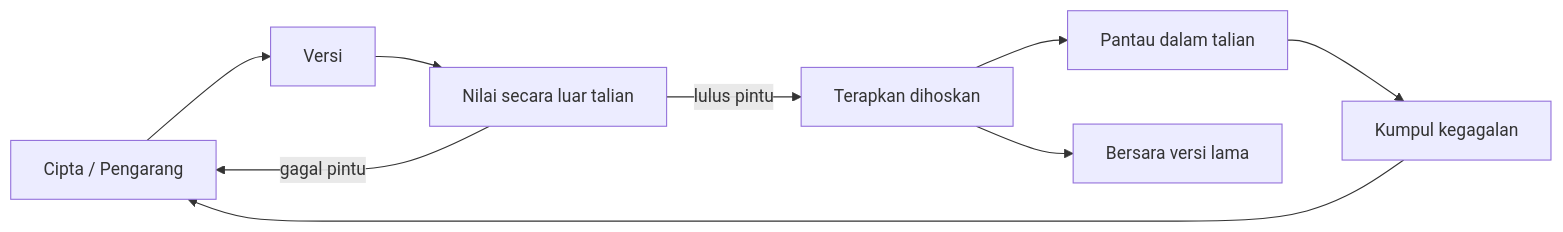
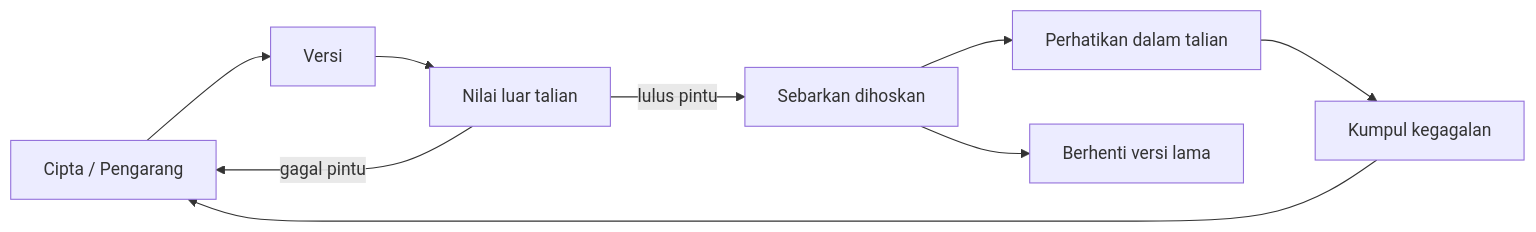
The second of 4 diagrams in translations/ms/16-deploying-scalable-agents/README.md (microsoft/ai-agents-for-beginners), drawn with Mermaid before and after one commit. The commit also changed other lines of this file and 46 other files, not shown here.

````diff
--- a/translations/ms/16-deploying-scalable-agents/README.md
+++ b/translations/ms/16-deploying-scalable-agents/README.md
@@ -108,11 +108,11 @@
 ```mermaid
 flowchart LR
     Create[Cipta / Pengarang] --> Version[Versi]
-    Version --> Evaluate[Nilai secara luar talian]
-    Evaluate -->|lulus pintu| Deploy[Terapkan dihoskan]
+    Version --> Evaluate[Nilai luar talian]
+    Evaluate -->|lulus pintu| Deploy[Sebarkan dihoskan]
     Evaluate -->|gagal pintu| Create
-    Deploy --> Observe[Pantau dalam talian]
+    Deploy --> Observe[Perhatikan dalam talian]
     Observe --> Improve[Kumpul kegagalan]
     Improve --> Create
-    Deploy --> Retire[Bersara versi lama]
+    Deploy --> Retire[Berhenti versi lama]
 ```
````
